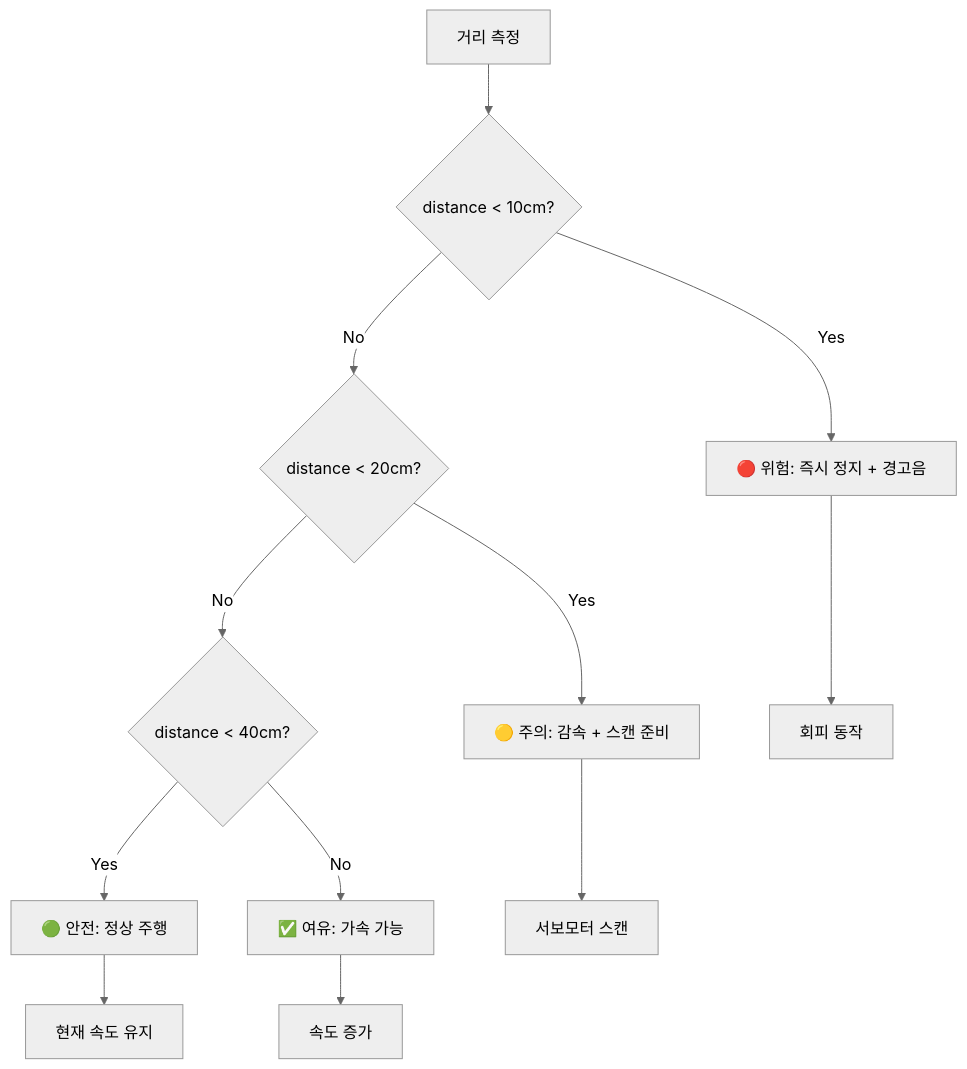
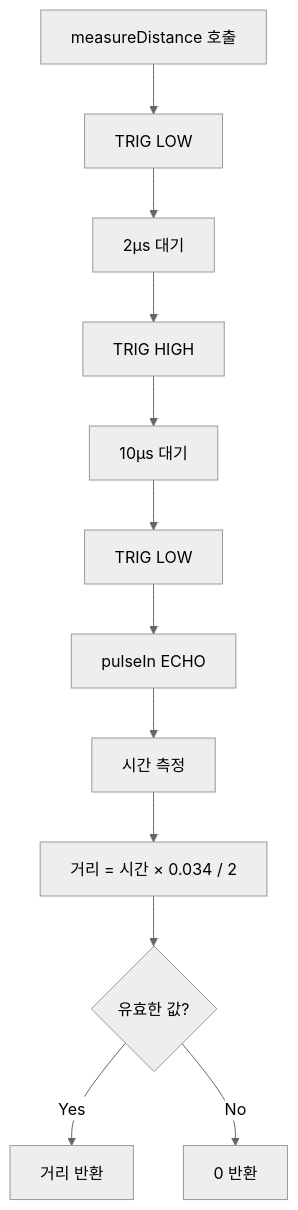
The tenth of 20 diagrams in document/algorithms_flowchart.md (Collegenie-X/Arduino_AutoPlot), drawn with Mermaid (neutral theme) before and after one commit. The commit also changed other lines of this file and 3 other files, not shown here.

````diff
--- a/document/algorithms_flowchart.md
+++ b/document/algorithms_flowchart.md
@@ -191,15 +287,14 @@
 ```mermaid
 flowchart TD
-    A[거리 측정] --> B{distance < 10cm?}
-    B -->|Yes| C[🔴 위험: 즉시 정지 + 경고음]
-    B -->|No| D{distance < 20cm?}
-    D -->|Yes| E[🟡 주의: 감속 + 스캔 준비]
-    D -->|No| F{distance < 40cm?}
-    F -->|Yes| G[🟢 안전: 정상 주행]
-    F -->|No| H[✅ 여유: 가속 가능]
-    
-    C --> I[회피 동작]
-    E --> J[서보모터 스캔]
-    G --> K[현재 속도 유지]
-    H --> L[속도 증가]
+    A[measureDistance 호출] --> B[TRIG LOW]
+    B --> C[2μs 대기]
+    C --> D[TRIG HIGH]
+    D --> E[10μs 대기]
+    E --> F[TRIG LOW]
+    F --> G[pulseIn ECHO]
+    G --> H[시간 측정]
+    H --> I[거리 = 시간 × 0.034 / 2]
+    I --> J{유효한 값?}
+    J -->|Yes| K[거리 반환]
+    J -->|No| L[0 반환]
 ```
````
